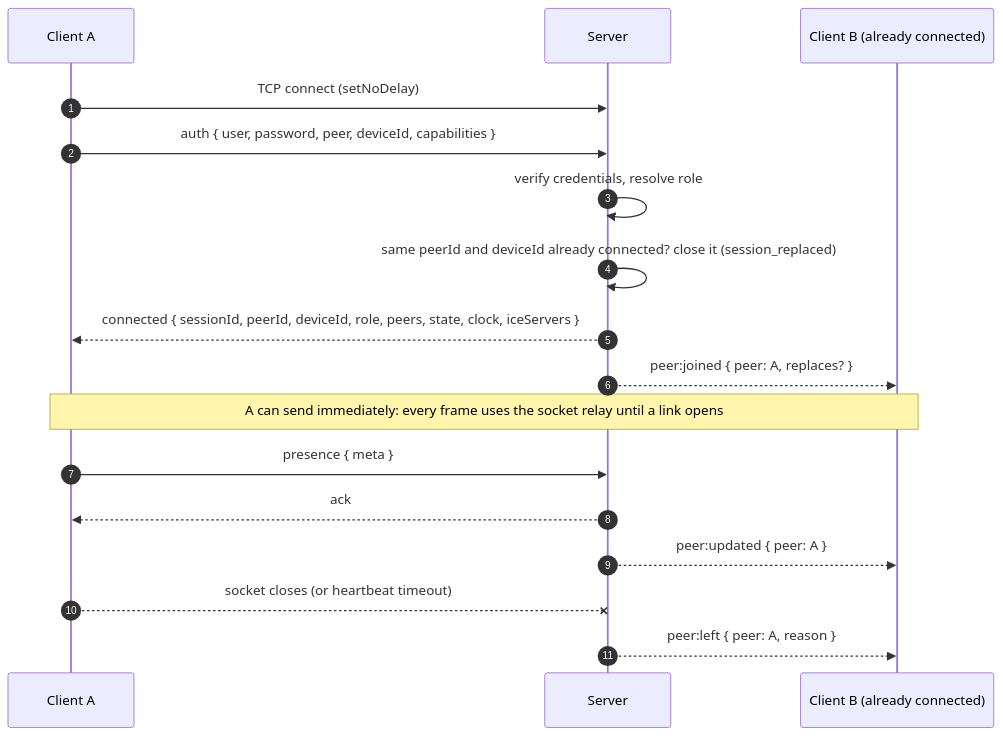
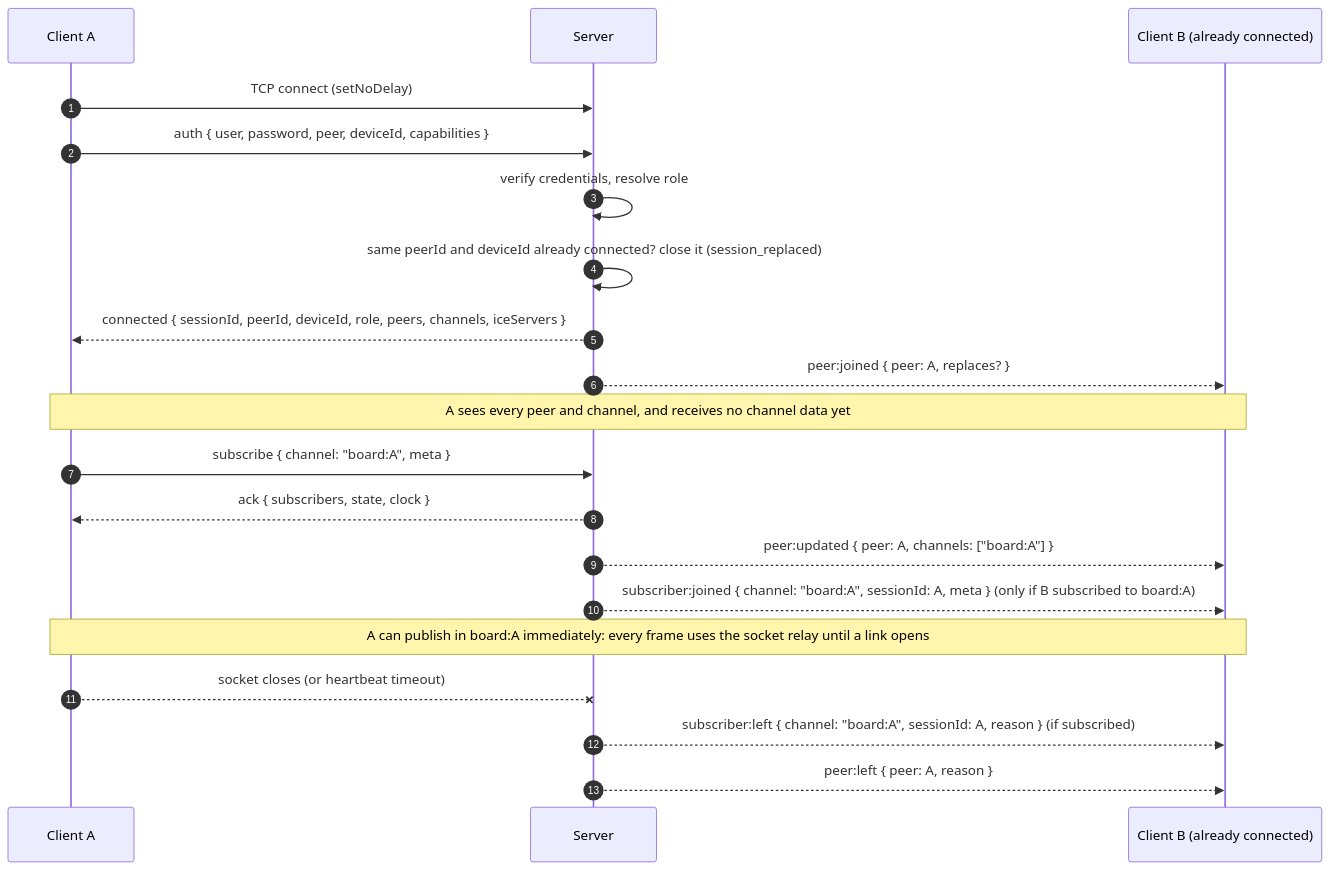
The fourth of 8 diagrams in docs/1-concepts/architecture.md (fullstackedorg/p2p), drawn with Mermaid before and after one commit. The commit also changed other lines of this file and 62 other files, not shown here.

````diff
--- a/docs/1-concepts/architecture.md
+++ b/docs/1-concepts/architecture.md
@@ -113,20 +114,23 @@
 ```mermaid
 sequenceDiagram
     autonumber
     participant A as Client A
     participant S as Server
     participant B as Client B (already connected)
 
     A->>S: TCP connect (setNoDelay)
     A->>S: auth { user, password, peer, deviceId, capabilities }
     S->>S: verify credentials, resolve role
     S->>S: same peerId and deviceId already connected? close it (session_replaced)
-    S-->>A: connected { sessionId, peerId, deviceId, role, peers, state, clock, iceServers }
+    S-->>A: connected { sessionId, peerId, deviceId, role, peers, channels, iceServers }
     S-->>B: peer:joined { peer: A, replaces? }
-    Note over A,B: A can send immediately: every frame uses the socket relay until a link opens
-    A->>S: presence { meta }
-    S-->>A: ack
-    S-->>B: peer:updated { peer: A }
+    Note over A,B: A sees every peer and channel, and receives no channel data yet
+    A->>S: subscribe { channel: "board:A", meta }
+    S-->>A: ack { subscribers, state, clock }
+    S-->>B: peer:updated { peer: A, channels: ["board:A"] }
+    S-->>B: subscriber:joined { channel: "board:A", sessionId: A, meta } (only if B subscribed to board:A)
+    Note over A,B: A can publish in board:A immediately: every frame uses the socket relay until a link opens
     A--xS: socket closes (or heartbeat timeout)
+    S-->>B: subscriber:left { channel: "board:A", sessionId: A, reason } (if subscribed)
     S-->>B: peer:left { peer: A, reason }
 ```
````
